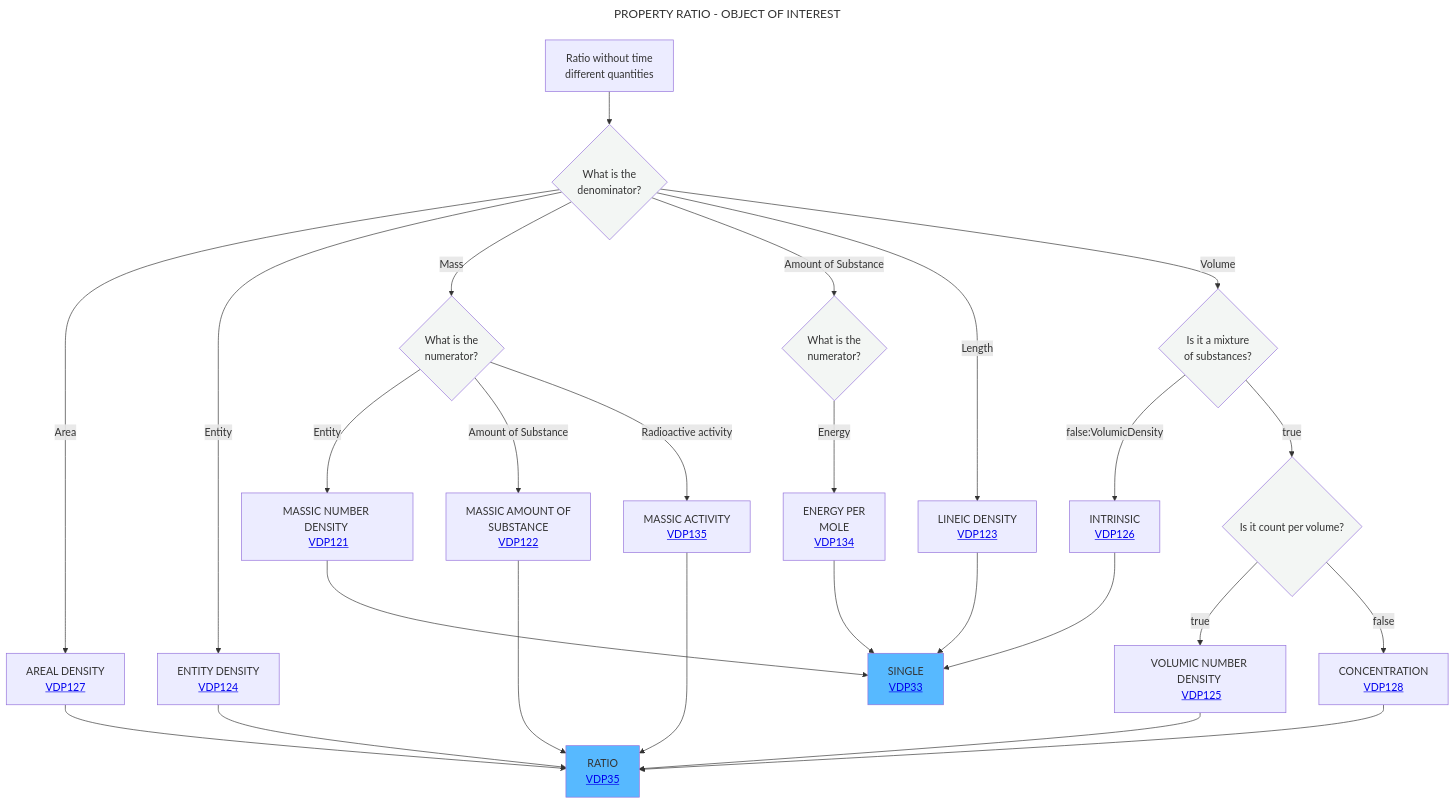
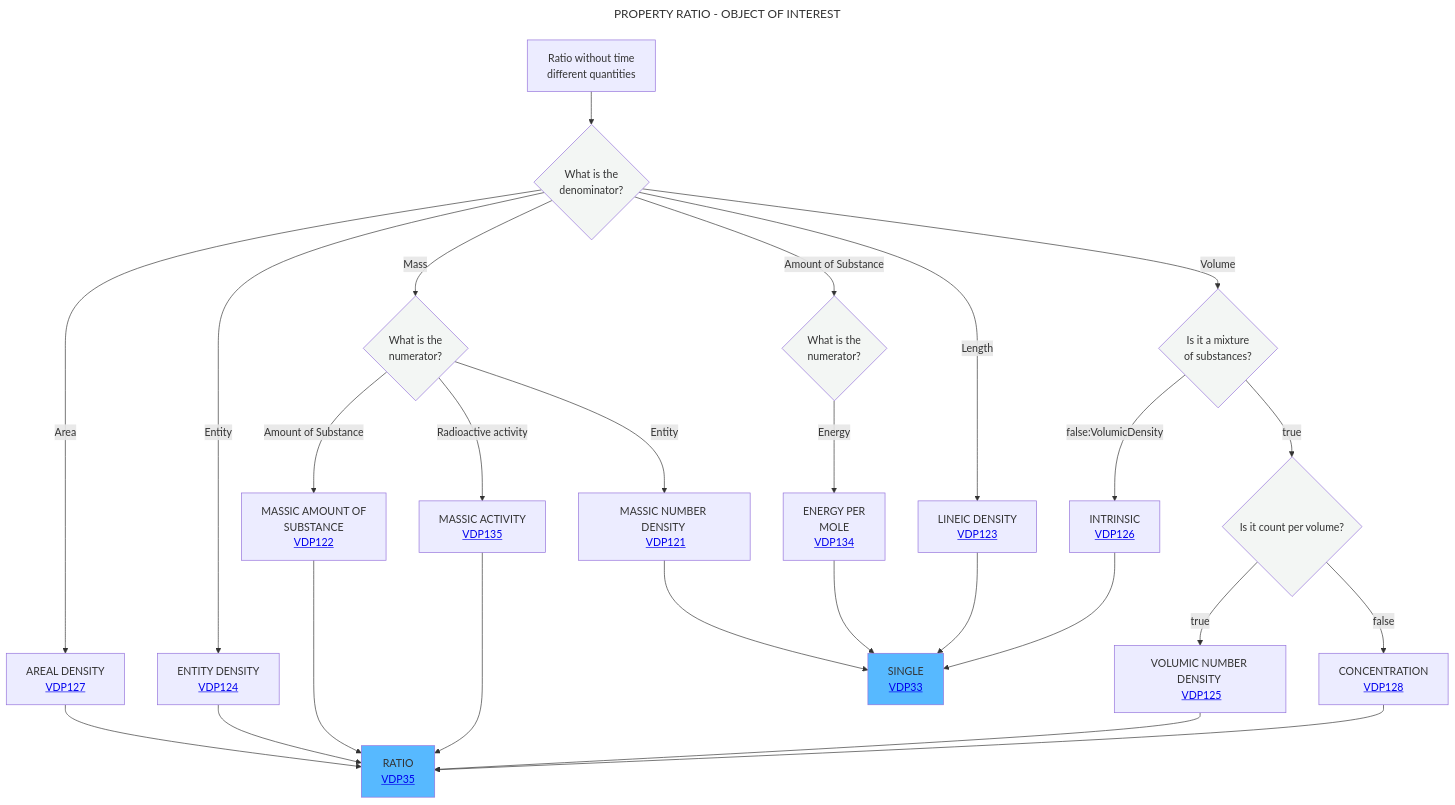
Before and after one commit to mabablue/I-ADOPT-patterns-playground: the diagram in Decisition_trees/DT5.mmd, drawn with Mermaid. The commit also changed other lines of this file, not shown here.

Commit message:
Fix duplicate entry for MASSIC NUMBER DENSITY

```diff
--- a/Decisition_trees/DT5.mmd
+++ b/Decisition_trees/DT5.mmd
@@ -1,33 +1,33 @@
 ---
 title: PROPERTY RATIO - OBJECT OF INTEREST
 ---
 flowchart TD
     A[Ratio without time <br> different quantities] --> B{What is the <br> denominator?}:::white
     B -- Area -->C[AREAL DENSITY <br> <a href='https://github.com/mabablue/I-ADOPT-patterns-playground/blob/main/pattern/VDP127.yaml'>VDP127</a>]
     B -- Entity -->F[ENTITY DENSITY <br> <a href='https://github.com/mabablue/I-ADOPT-patterns-playground/blob/main/pattern/VDP124.yaml'>VDP124</a>]
     B -- Mass -->E{What is the <br> numerator?}:::white
     B -- Amount of Substance --> R{What is the <br> numerator?}:::white
     B -- Length -->D[LINEIC DENSITY <br> <a href='https://github.com/mabablue/I-ADOPT-patterns-playground/blob/main/pattern/VDP123.yaml'>VDP123</a>]
-    E -- Entity --> L[MASSIC NUMBER DENSITY <br> <a href='https://github.com/mabablue/I-ADOPT-patterns-playground/blob/main/pattern/VDP121.yaml'>VDP121</a>]
     E -- Amount of Substance --> P[MASSIC AMOUNT OF <br> SUBSTANCE <br> <a href='https://github.com/mabablue/I-ADOPT-patterns-playground/blob/main/pattern/VDP122.yaml'>VDP122</a>]
     E -- Radioactive activity --> Q[MASSIC ACTIVITY <br> <a href='https://github.com/mabablue/I-ADOPT-patterns-playground/blob/main/pattern/VDP135.yaml'>VDP135</a>]
+    E -- Entity --> L[MASSIC NUMBER DENSITY <br> <a href='https://github.com/mabablue/I-ADOPT-patterns-playground/blob/main/pattern/VDP121.yaml'>VDP121</a>]
     B -- Volume -->G{Is it a mixture <br> of substances?}:::white
     G -- false:VolumicDensity-->H[INTRINSIC <br> <a href='https://github.com/mabablue/I-ADOPT-patterns-playground/blob/main/pattern/VDP126.yaml'>VDP126</a>]
     G--> |true|J{Is it count per volume?}:::white
     J --> |true|I[VOLUMIC NUMBER DENSITY <br> <a href='https://github.com/mabablue/I-ADOPT-patterns-playground/blob/main/pattern/VDP125.yaml'>VDP125</a>]
     J --> |false|M[CONCENTRATION <br> <a href='https://github.com/mabablue/I-ADOPT-patterns-playground/blob/main/pattern/VDP128.yaml'>VDP128</a>]
     I --> N
     C --> N[RATIO <br> <a href='https://github.com/mabablue/I-ADOPT-patterns-playground/blob/main/pattern/VDP35.yaml'>VDP35</a>]:::satblue
     F --> N
     D --> O[SINGLE <br> <a href='https://github.com/mabablue/I-ADOPT-patterns-playground/blob/main/pattern/VDP33.yaml'>VDP33</a>]:::satblue
     R -- Energy --> S[ENERGY PER <br> MOLE <br> <a href='https://github.com/mabablue/I-ADOPT-patterns-playground/blob/main/pattern/VDP134.yaml'>VDP134</a>]
     H --> O
     P --> N
     M --> N
     S --> O
     Q --> N
     L --> O
    classDef blue fill:#90D5FF
    classDef satblue fill:#57B9FF 
    classDef white fill:#f3f6f4
    classDef green fill:#6aa84f
```
